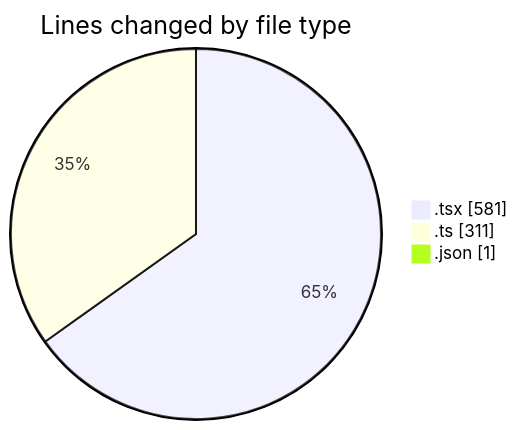
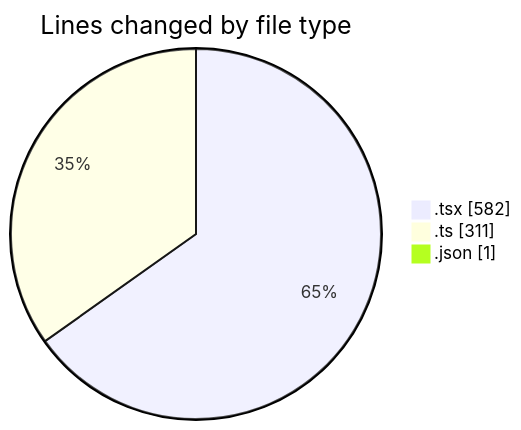
One commit to julien-gomy/code-tracking changed the first of 2 diagrams in 2025-10-08/eventscop-frontend-guide__workspace_/README.md. Above: the diagram before and after it, drawn with Mermaid. The commit also changed other lines of this file and 1 other file, not shown here.

````diff
--- a/2025-10-08/eventscop-frontend-guide__workspace_/README.md
+++ b/2025-10-08/eventscop-frontend-guide__workspace_/README.md
@@ -26,7 +26,7 @@
 ```mermaid
 pie showData
 title Lines changed by file type
-".tsx" : 581
+".tsx" : 582
 ".ts" : 311
 ".json" : 1
 ```
````
